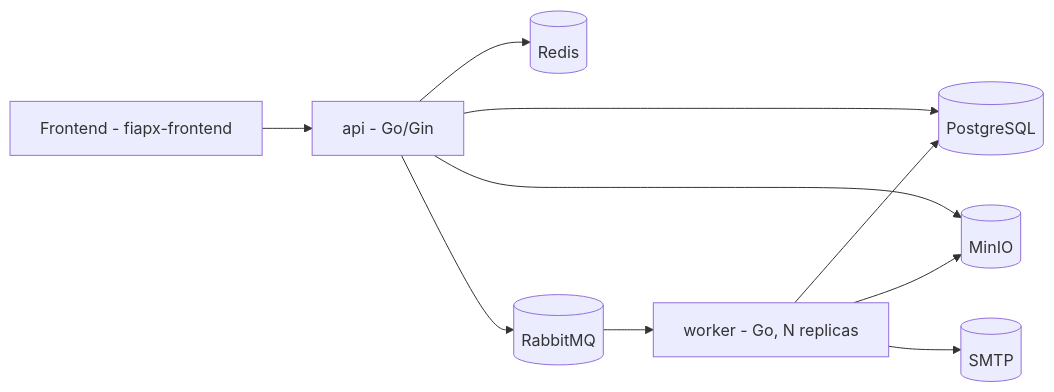
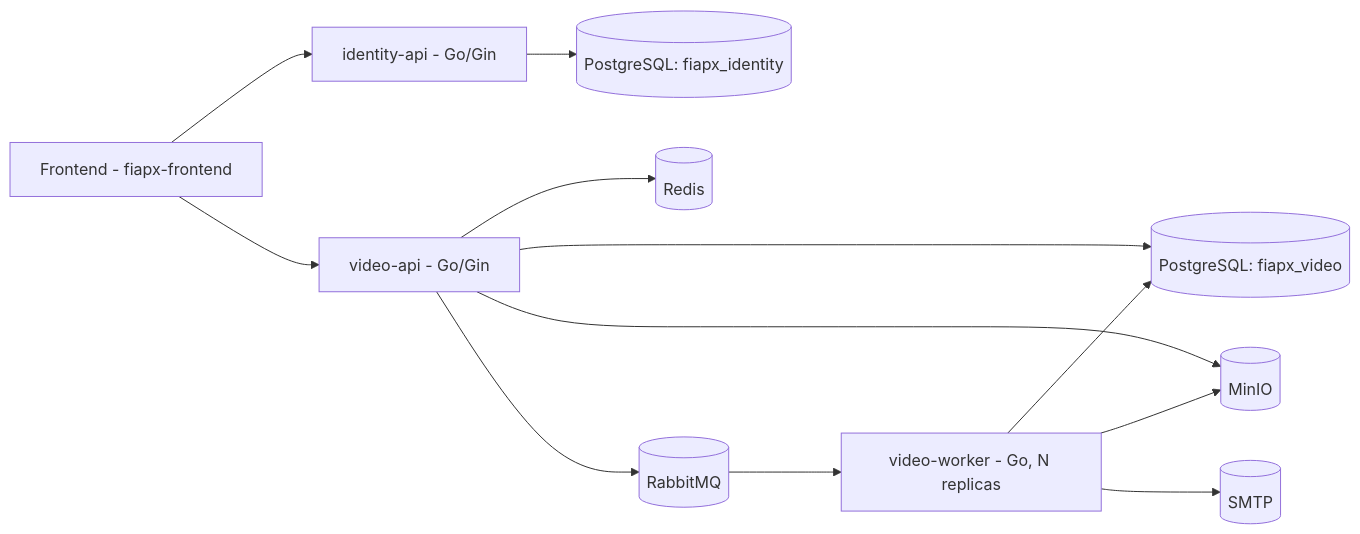
Before and after one commit to mayumisiano/fiapx-video-processor: the diagram in docs/technical-architecture.md, drawn with Mermaid. The commit also changed other lines of this file and 47 other files, not shown here.

Commit message:
feat: split into identity-api, video-api, and video-worker by bounded context

````diff
--- a/docs/technical-architecture.md
+++ b/docs/technical-architecture.md
@@ -23,12 +25,14 @@
 ```mermaid
 flowchart LR
-    Client[Frontend - fiapx-frontend] --> API[api - Go/Gin]
-    API --> DB[(PostgreSQL)]
+    Client[Frontend - fiapx-frontend] --> IdAPI[identity-api - Go/Gin]
+    Client --> API[video-api - Go/Gin]
+    IdAPI --> IdDB[(PostgreSQL: fiapx_identity)]
+    API --> DB[(PostgreSQL: fiapx_video)]
     API --> Cache[(Redis)]
     API --> Storage[(MinIO)]
     API --> MQ[(RabbitMQ)]
-    MQ --> Worker[worker - Go, N replicas]
+    MQ --> Worker[video-worker - Go, N replicas]
     Worker --> Storage
     Worker --> DB
     Worker --> SMTP[(SMTP)]
 ```
````
